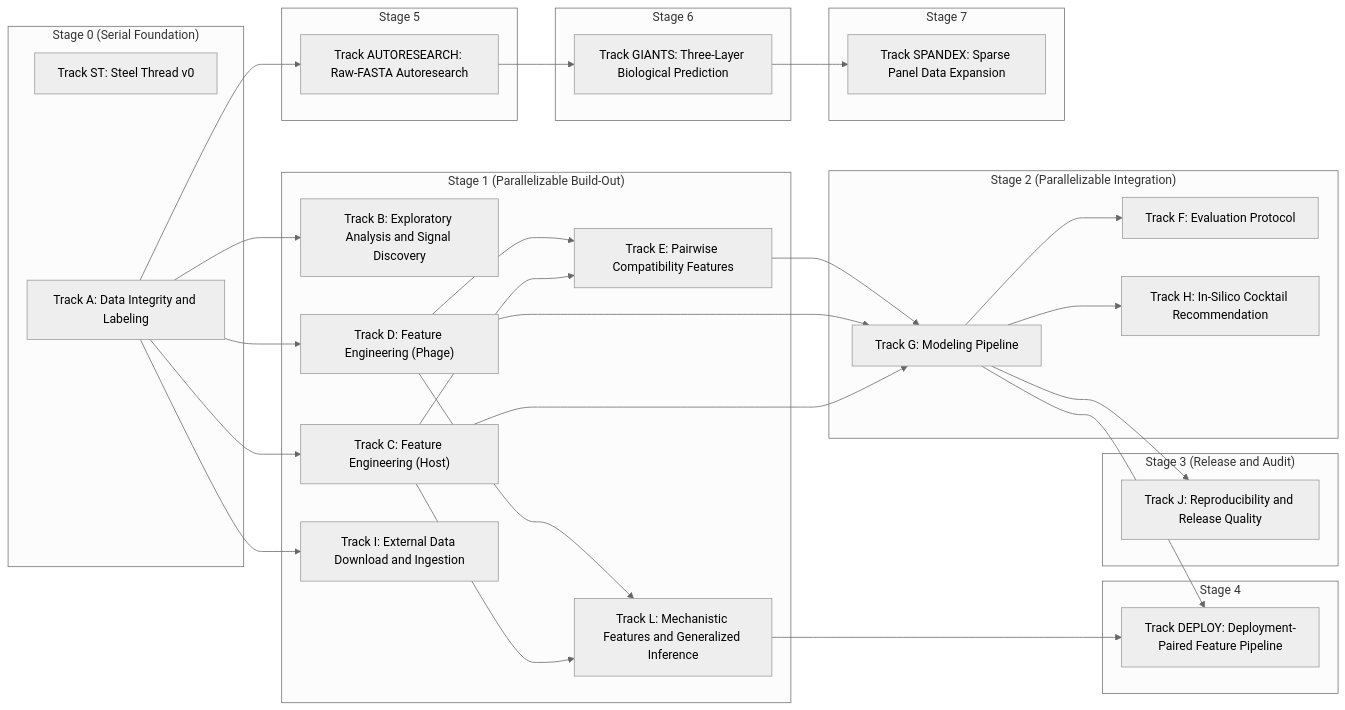
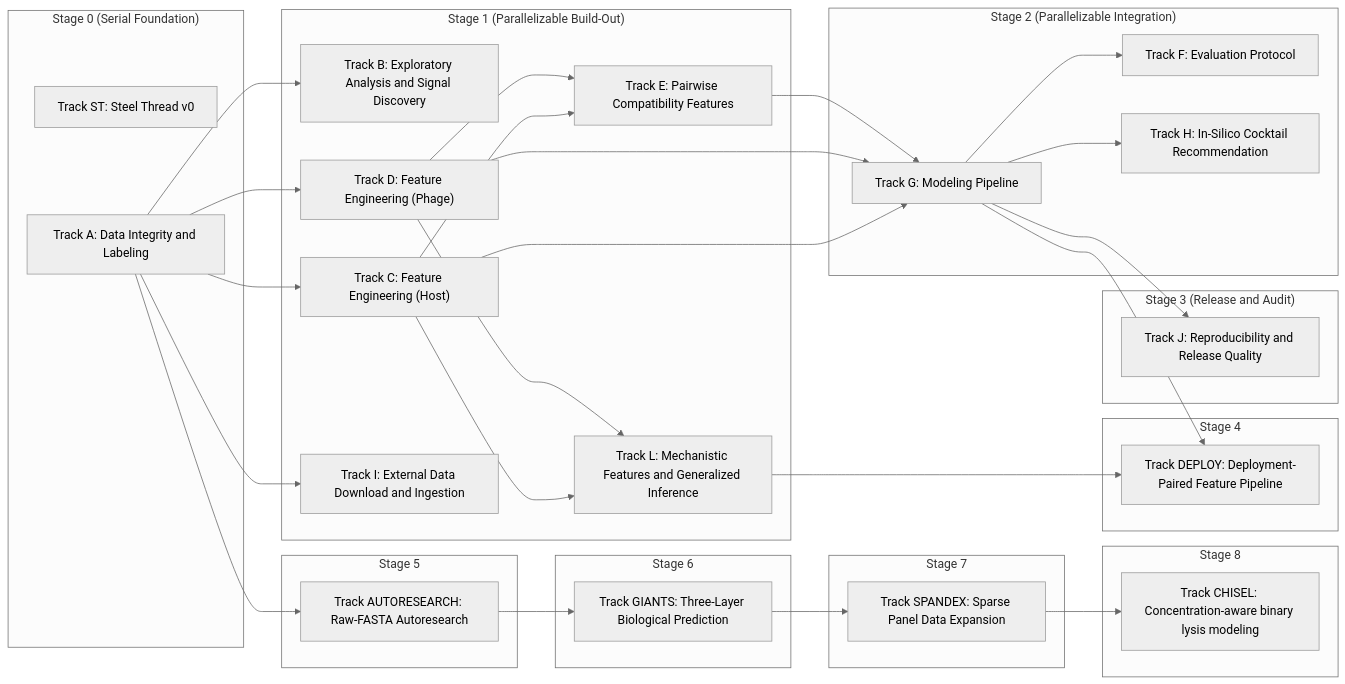
The diagram in lyzortx/research_notes/PLAN.md (LyzorTx/coli_phage_interactions_2023), drawn with Mermaid (neutral theme) before and after one commit. The commit also changed other lines of this file and 2 other files, not shown here.

````diff
--- a/lyzortx/research_notes/PLAN.md
+++ b/lyzortx/research_notes/PLAN.md
@@ -7,62 +7,67 @@
 ```mermaid
 graph LR
   subgraph s0["Stage 0 (Serial Foundation)"]
     tst["Track ST: Steel Thread v0"]
     ta["Track A: Data Integrity and Labeling"]
   end
 
   subgraph s1["Stage 1 (Parallelizable Build-Out)"]
     tb["Track B: Exploratory Analysis and Signal Discovery"]
     tc["Track C: Feature Engineering (Host)"]
     td["Track D: Feature Engineering (Phage)"]
     te["Track E: Pairwise Compatibility Features"]
     ti["Track I: External Data Download and Ingestion"]
     tl["Track L: Mechanistic Features and Generalized Inference"]
   end
 
   subgraph s2["Stage 2 (Parallelizable Integration)"]
     tf["Track F: Evaluation Protocol"]
     tg["Track G: Modeling Pipeline"]
     th["Track H: In-Silico Cocktail Recommendation"]
   end
 
   subgraph s3["Stage 3 (Release and Audit)"]
     tj["Track J: Reproducibility and Release Quality"]
   end
 
   subgraph s4["Stage 4"]
     tdeploy["Track DEPLOY: Deployment-Paired Feature Pipeline"]
   end
 
   subgraph s5["Stage 5"]
     tautoresearch["Track AUTORESEARCH: Raw-FASTA Autoresearch"]
   end
 
   subgraph s6["Stage 6"]
     tgiants["Track GIANTS: Three-Layer Biological Prediction"]
   end
 
   subgraph s7["Stage 7"]
     tspandex["Track SPANDEX: Sparse Panel Data Expansion"]
   end
 
+  subgraph s8["Stage 8"]
+    tchisel["Track CHISEL: Concentration-aware binary lysis modeling"]
+  end
+
   ta --> tb
   ta --> tc
   ta --> td
   tc --> te
   td --> te
   tg --> tf
   tc --> tg
   td --> tg
   te --> tg
   tg --> th
   ta --> ti
   tc --> tl
   td --> tl
   tg --> tj
   tl --> tdeploy
   tg --> tdeploy
   ta --> tautoresearch
   tautoresearch --> tgiants
   tgiants --> tspandex
+  tspandex --> tchisel
 ```
````
